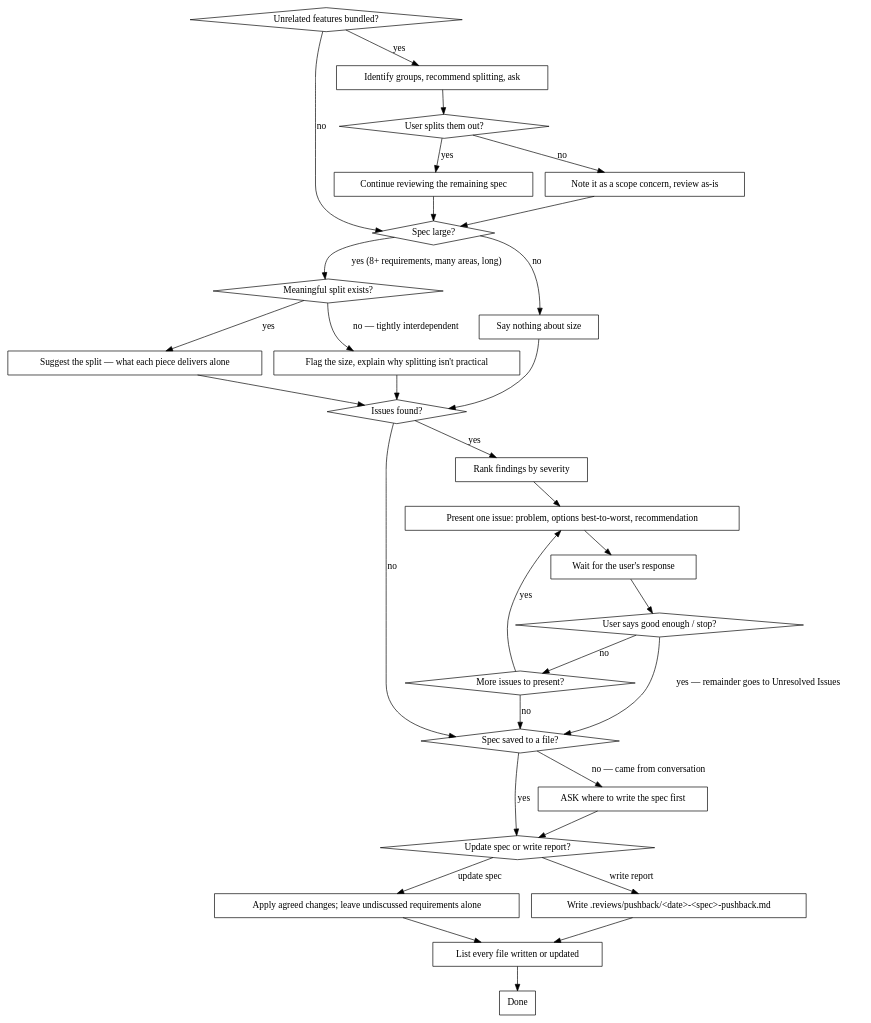
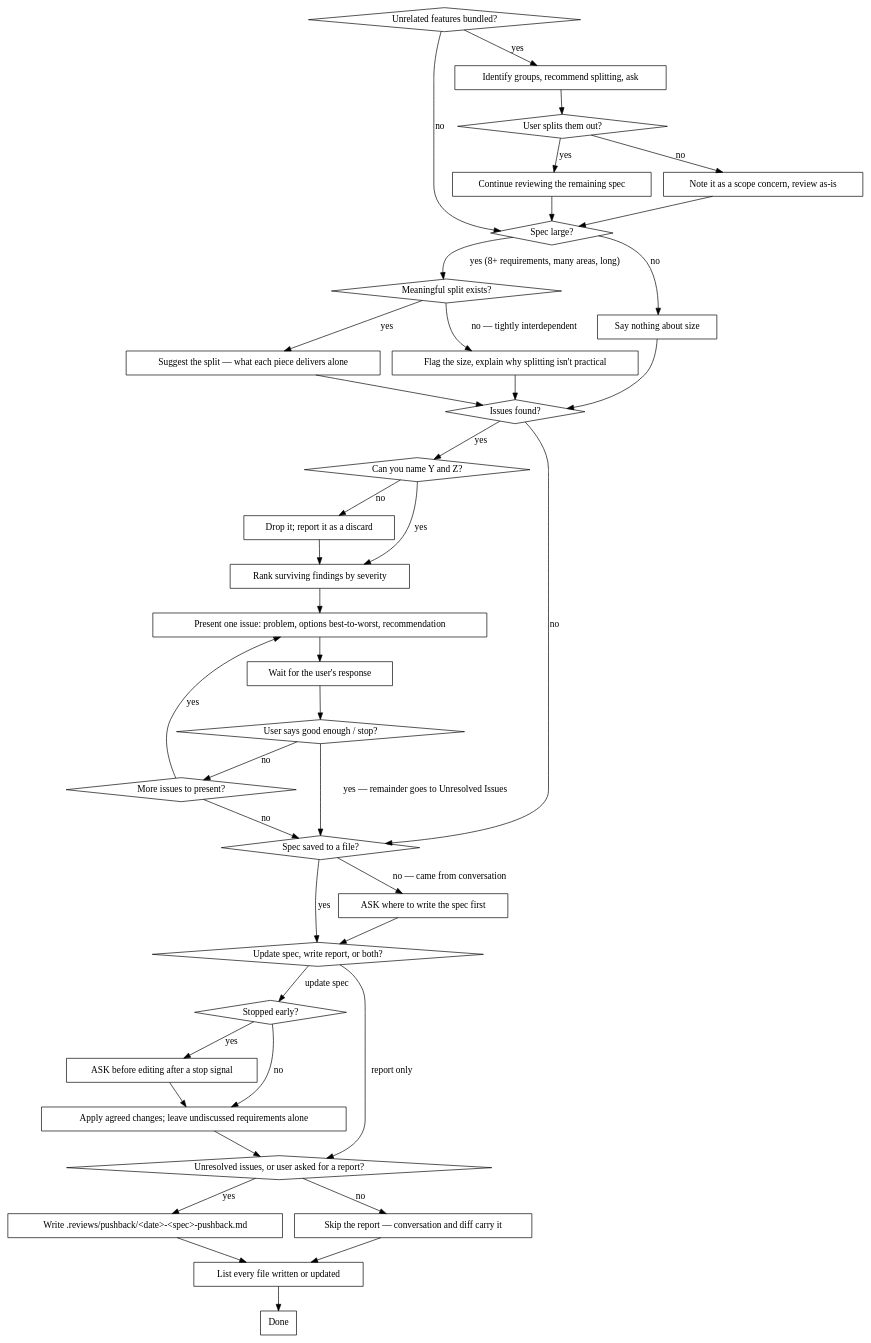
Before and after one commit to Ovid/paad: the second of 2 diagrams in kiro_and_antigravity/skills/.kiro/skills/pushback/SKILL.md, drawn with Graphviz. The commit also changed other lines of this file and 3 other files, not shown here.

````diff
--- a/kiro_and_antigravity/skills/.kiro/skills/pushback/SKILL.md
+++ b/kiro_and_antigravity/skills/.kiro/skills/pushback/SKILL.md
@@ -53,63 +53,78 @@
 ```dot
 digraph scope_critique_resolution {
   "Unrelated features bundled?" [shape=diamond];
   "User splits them out?" [shape=diamond];
   "Spec large?" [shape=diamond];
   "Meaningful split exists?" [shape=diamond];
   "Issues found?" [shape=diamond];
+  "Can you name Y and Z?" [shape=diamond];
   "User says good enough / stop?" [shape=diamond];
   "More issues to present?" [shape=diamond];
-  "Update spec or write report?" [shape=diamond];
+  "Update spec, write report, or both?" [shape=diamond];
+  "Stopped early?" [shape=diamond];
+  "Unresolved issues, or user asked for a report?" [shape=diamond];
   "Spec saved to a file?" [shape=diamond];
 
   "Identify groups, recommend splitting, ask" [shape=box];
   "Continue reviewing the remaining spec" [shape=box];
   "Note it as a scope concern, review as-is" [shape=box];
   "Suggest the split — what each piece delivers alone" [shape=box];
   "Flag the size, explain why splitting isn't practical" [shape=box];
   "Say nothing about size" [shape=box];
-  "Rank findings by severity" [shape=box];
+  "Drop it; report it as a discard" [shape=box];
+  "Rank surviving findings by severity" [shape=box];
   "Present one issue: problem, options best-to-worst, recommendation" [shape=box];
   "Wait for the user's response" [shape=box];
   "ASK where to write the spec first" [shape=box];
+  "ASK before editing after a stop signal" [shape=box];
   "Apply agreed changes; leave undiscussed requirements alone" [shape=box];
   "Write .reviews/pushback/<date>-<spec>-pushback.md" [shape=box];
+  "Skip the report — conversation and diff carry it" [shape=box];
   "List every file written or updated" [shape=box];
   "Done" [shape=box];
 
   "Unrelated features bundled?" -> "Identify groups, recommend splitting, ask" [label="yes"];
   "Unrelated features bundled?" -> "Spec large?" [label="no"];
   "Identify groups, recommend splitting, ask" -> "User splits them out?";
   "User splits them out?" -> "Continue reviewing the remaining spec" [label="yes"];
   "User splits them out?" -> "Note it as a scope concern, review as-is" [label="no"];
   "Continue reviewing the remaining spec" -> "Spec large?";
   "Note it as a scope concern, review as-is" -> "Spec large?";
 
   "Spec large?" -> "Meaningful split exists?" [label="yes (8+ requirements, many areas, long)"];
   "Spec large?" -> "Say nothing about size" [label="no"];
   "Meaningful split exists?" -> "Suggest the split — what each piece delivers alone" [label="yes"];
   "Meaningful split exists?" -> "Flag the size, explain why splitting isn't practical" [label="no — tightly interdependent"];
   "Suggest the split — what each piece delivers alone" -> "Issues found?";
   "Flag the size, explain why splitting isn't practical" -> "Issues found?";
   "Say nothing about size" -> "Issues found?";
 
-  "Issues found?" -> "Rank findings by severity" [label="yes"];
+  "Issues found?" -> "Can you name Y and Z?" [label="yes"];
   "Issues found?" -> "Spec saved to a file?" [label="no"];
-  "Rank findings by severity" -> "Present one issue: problem, options best-to-worst, recommendation";
+  "Can you name Y and Z?" -> "Rank surviving findings by severity" [label="yes"];
+  "Can you name Y and Z?" -> "Drop it; report it as a discard" [label="no"];
+  "Drop it; report it as a discard" -> "Rank surviving findings by severity";
+  "Rank surviving findings by severity" -> "Present one issue: problem, options best-to-worst, recommendation";
   "Present one issue: problem, options best-to-worst, recommendation" -> "Wait for the user's response";
   "Wait for the user's response" -> "User says good enough / stop?";
   "User says good enough / stop?" -> "Spec saved to a file?" [label="yes — remainder goes to Unresolved Issues"];
   "User says good enough / stop?" -> "More issues to present?" [label="no"];
   "More issues to present?" -> "Present one issue: problem, options best-to-worst, recommendation" [label="yes"];
   "More issues to present?" -> "Spec saved to a file?" [label="no"];
 
-  "Spec saved to a file?" -> "Update spec or write report?" [label="yes"];
+  "Spec saved to a file?" -> "Update spec, write report, or both?" [label="yes"];
   "Spec saved to a file?" -> "ASK where to write the spec first" [label="no — came from conversation"];
-  "ASK where to write the spec first" -> "Update spec or write report?";
-  "Update spec or write report?" -> "Apply agreed changes; leave undiscussed requirements alone" [label="update spec"];
-  "Update spec or write report?" -> "Write .reviews/pushback/<date>-<spec>-pushback.md" [label="write report"];
-  "Apply agreed changes; leave undiscussed requirements alone" -> "List every file written or updated";
+  "ASK where to write the spec first" -> "Update spec, write report, or both?";
+  "Update spec, write report, or both?" -> "Stopped early?" [label="update spec"];
+  "Update spec, write report, or both?" -> "Unresolved issues, or user asked for a report?" [label="report only"];
+  "Stopped early?" -> "ASK before editing after a stop signal" [label="yes"];
+  "Stopped early?" -> "Apply agreed changes; leave undiscussed requirements alone" [label="no"];
+  "ASK before editing after a stop signal" -> "Apply agreed changes; leave undiscussed requirements alone";
+  "Apply agreed changes; leave undiscussed requirements alone" -> "Unresolved issues, or user asked for a report?";
+  "Unresolved issues, or user asked for a report?" -> "Write .reviews/pushback/<date>-<spec>-pushback.md" [label="yes"];
+  "Unresolved issues, or user asked for a report?" -> "Skip the report — conversation and diff carry it" [label="no"];
   "Write .reviews/pushback/<date>-<spec>-pushback.md" -> "List every file written or updated";
+  "Skip the report — conversation and diff carry it" -> "List every file written or updated";
   "List every file written or updated" -> "Done";
 }
 ```
````
